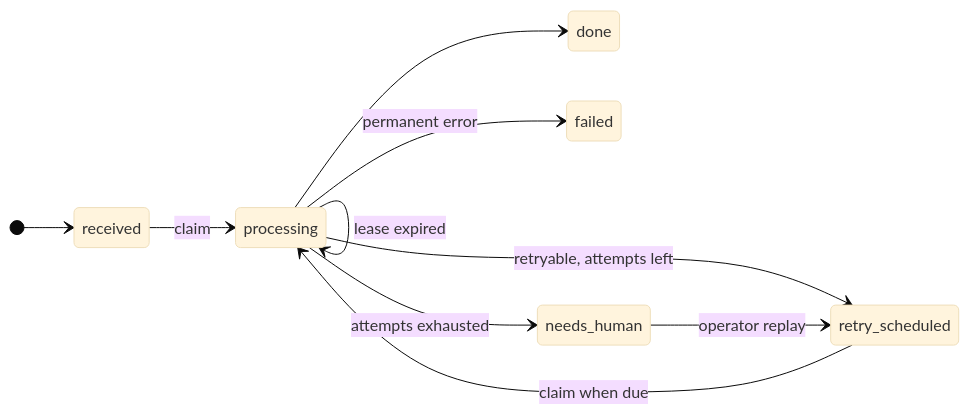
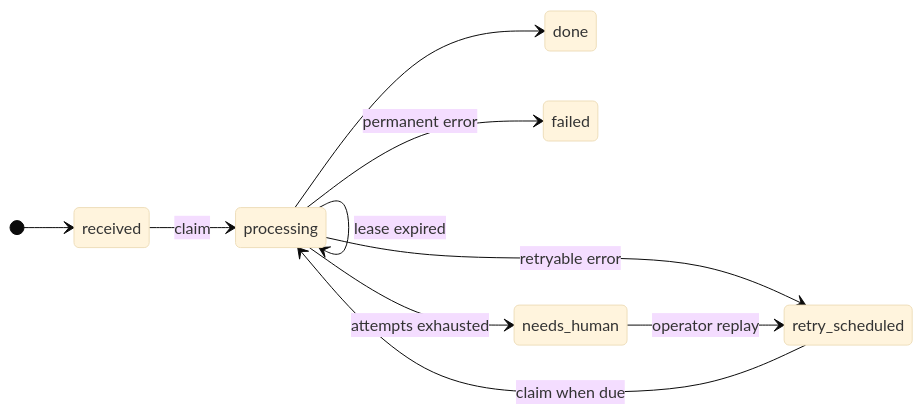
The second of 2 diagrams in README.md (gavrilovdm/chekin-request-pipeline), drawn with Mermaid (base theme) before and after one commit. The commit also changed other lines of this file and 3 other files, not shown here.

````diff
--- a/README.md
+++ b/README.md
@@ -73,13 +86,13 @@
 ```mermaid
 stateDiagram-v2
   direction LR
   [*] --> received
   received --> processing: claim
   retry_scheduled --> processing: claim when due
   processing --> processing: lease expired
   processing --> done
   processing --> failed: permanent error
-  processing --> retry_scheduled: retryable, attempts left
+  processing --> retry_scheduled: retryable error
   processing --> needs_human: attempts exhausted
   needs_human --> retry_scheduled: operator replay
 ```
````
